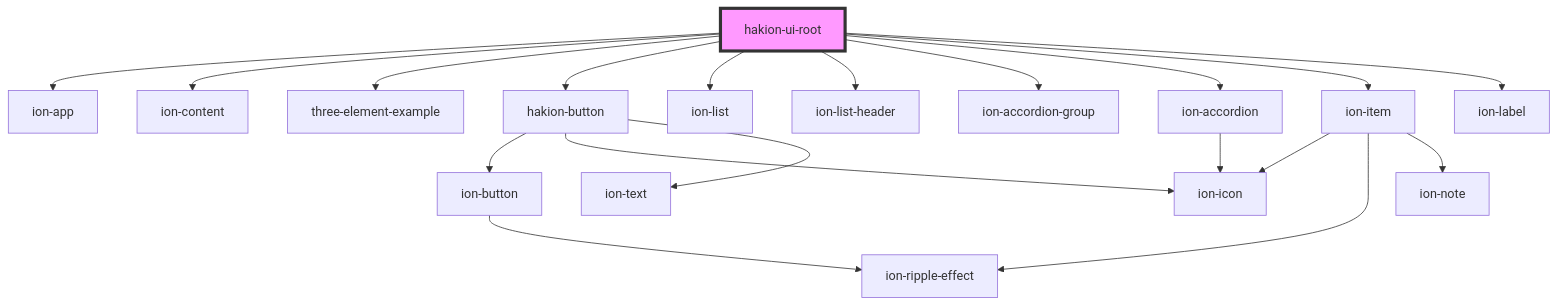
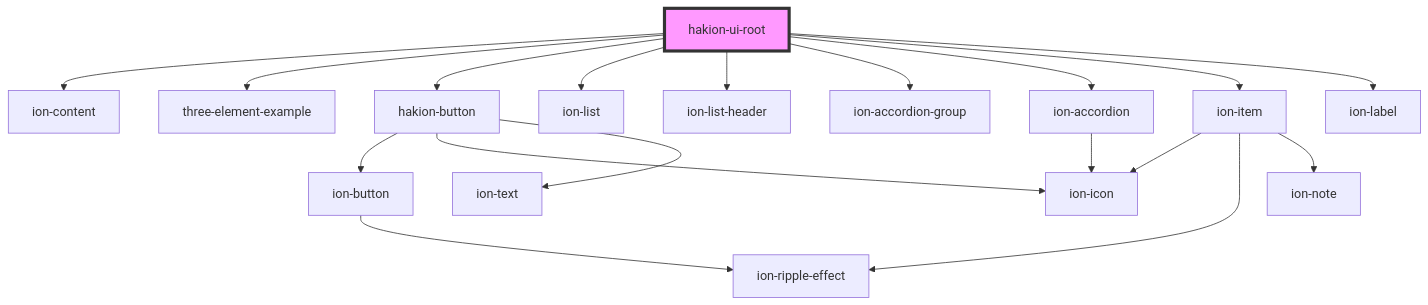
Before and after one commit to Hakkei-Co/nub-ui: the diagram in src/components/hakion-ui-root/readme.md, drawn with Mermaid. The commit also changed other lines of this file and 21 other files, not shown here.

````diff
--- a/src/components/hakion-ui-root/readme.md
+++ b/src/components/hakion-ui-root/readme.md
@@ -24,22 +23,21 @@
 ```mermaid
 graph TD;
-  hakion-ui-root --> ion-app
   hakion-ui-root --> ion-content
   hakion-ui-root --> three-element-example
   hakion-ui-root --> hakion-button
   hakion-ui-root --> ion-list
   hakion-ui-root --> ion-list-header
   hakion-ui-root --> ion-accordion-group
   hakion-ui-root --> ion-accordion
   hakion-ui-root --> ion-item
   hakion-ui-root --> ion-label
   hakion-button --> ion-button
   hakion-button --> ion-icon
   hakion-button --> ion-text
   ion-button --> ion-ripple-effect
   ion-accordion --> ion-icon
   ion-item --> ion-icon
   ion-item --> ion-ripple-effect
   ion-item --> ion-note
   style hakion-ui-root fill:#f9f,stroke:#333,stroke-width:4px
 ```
````
